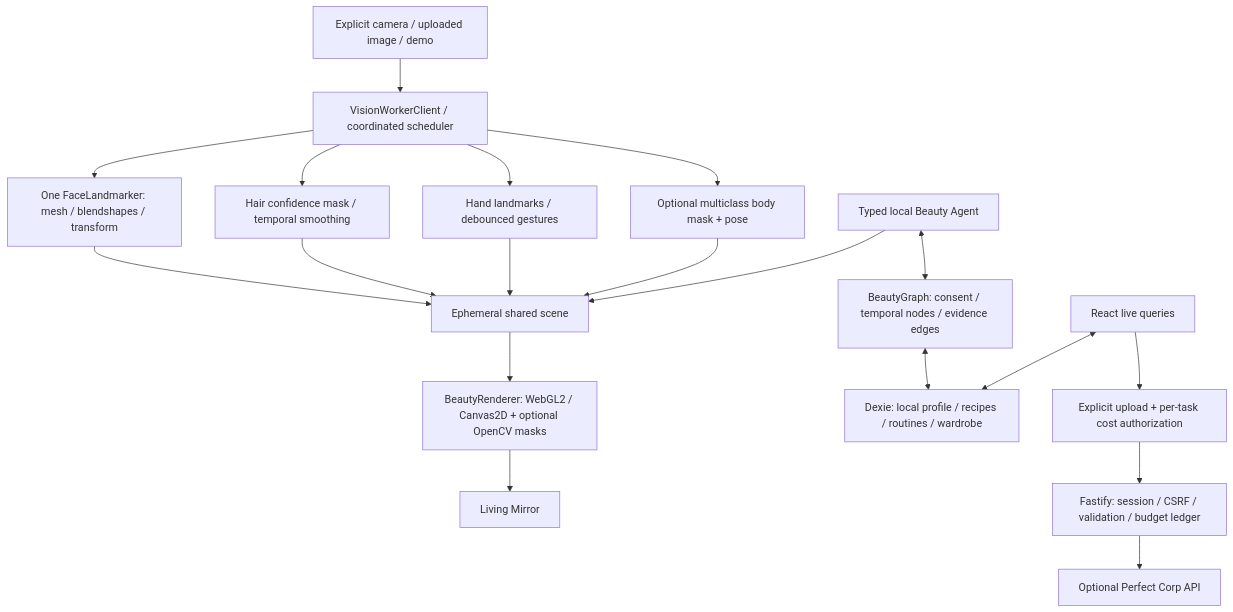
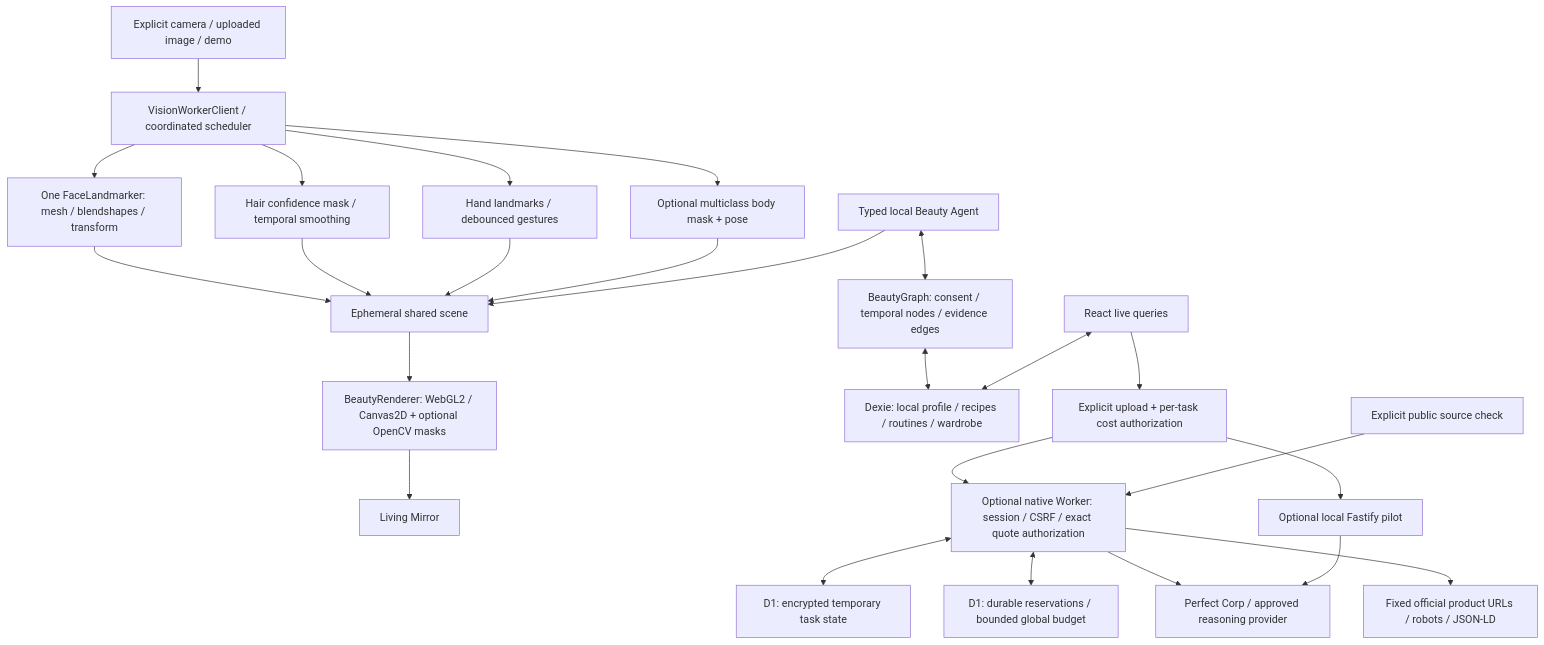
One commit to mylife-as-miles/True-Beauty changed the diagram in docs/ARCHITECTURE.md. Above: the diagram before and after it, drawn with Mermaid. The commit also changed other lines of this file and 84 other files, not shown here.

Commit message:
Add secure native hosted beauty providers and improve Remix continuity

````diff
--- a/docs/ARCHITECTURE.md
+++ b/docs/ARCHITECTURE.md
@@ -5,21 +5,27 @@
 ```mermaid
 flowchart TD
     Input[Explicit camera / uploaded image / demo] --> Scheduler[VisionWorkerClient / coordinated scheduler]
     Scheduler --> Face[One FaceLandmarker: mesh / blendshapes / transform]
     Scheduler --> Hair[Hair confidence mask / temporal smoothing]
     Scheduler --> Hands[Hand landmarks / debounced gestures]
     Face --> Scene[Ephemeral shared scene]
     Hair --> Scene
     Hands --> Scene
     Scheduler --> Body[Optional multiclass body mask + pose]
     Body --> Scene
     Scene --> Renderer[BeautyRenderer: WebGL2 / Canvas2D + optional OpenCV masks]
     Renderer --> Mirror[Living Mirror]
     Agent[Typed local Beauty Agent] --> Scene
     Agent <--> Memory[BeautyGraph: consent / temporal nodes / evidence edges]
     Memory <--> DB[Dexie: local profile / recipes / routines / wardrobe]
     UI[React live queries] <--> DB
     UI --> Consent[Explicit upload + per-task cost authorization]
-    Consent --> API[Fastify: session / CSRF / validation / budget ledger]
-    API --> Provider[Optional Perfect Corp API]
+    Consent --> Hosted[Optional native Worker: session / CSRF / exact quote authorization]
+    Consent --> Pilot[Optional local Fastify pilot]
+    Hosted <--> Temporary[D1: encrypted temporary task state]
+    Hosted <--> Accounting[D1: durable reservations / bounded global budget]
+    Hosted --> Provider[Perfect Corp / approved reasoning provider]
+    Pilot --> Provider
+    SourceCheck[Explicit public source check] --> Hosted
+    Hosted --> Merchant[Fixed official product URLs / robots / JSON-LD]
 ```
````
